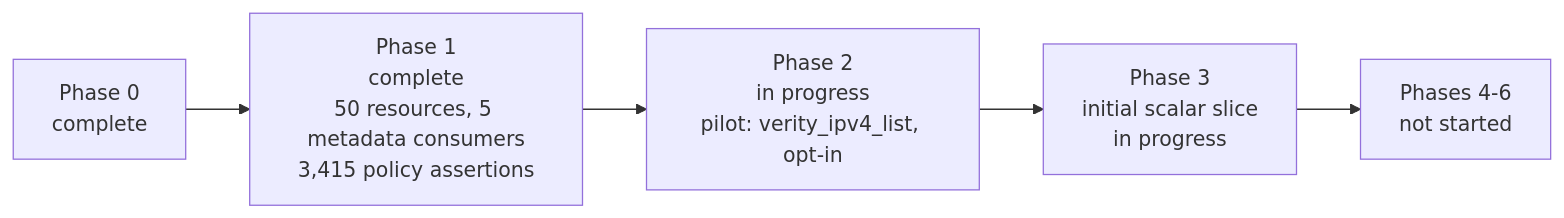
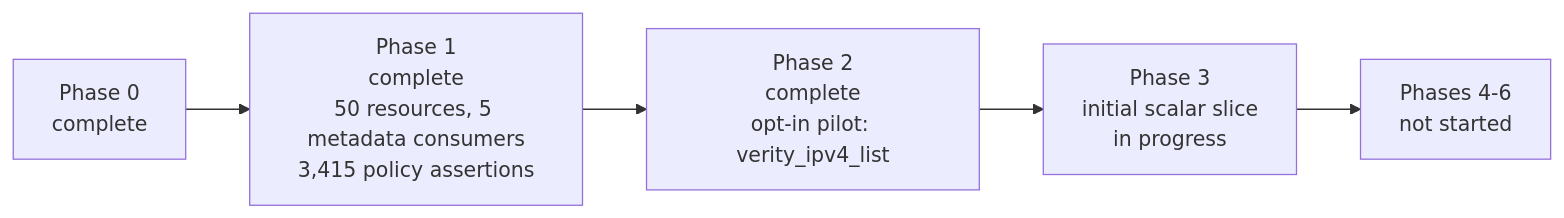
Before and after one commit to BE-Network/terraform-provider-verity: the diagram in status.md, drawn with Mermaid. The commit also changed other lines of this file and 1 other file, not shown here.

````diff
--- a/status.md
+++ b/status.md
@@ -70,7 +75,7 @@
 ```mermaid
 flowchart LR
     P0[Phase 0<br/>complete] --> P1[Phase 1<br/>complete<br/>50 resources, 5 metadata consumers<br/>3,415 policy assertions]
-    P1 --> P2[Phase 2<br/>in progress<br/>pilot: verity_ipv4_list, opt-in]
+    P1 --> P2[Phase 2<br/>complete<br/>opt-in pilot: verity_ipv4_list]
     P2 --> P3[Phase 3<br/>initial scalar slice<br/>in progress]
     P3 --> P4[Phases 4-6<br/>not started]
 ```
````
